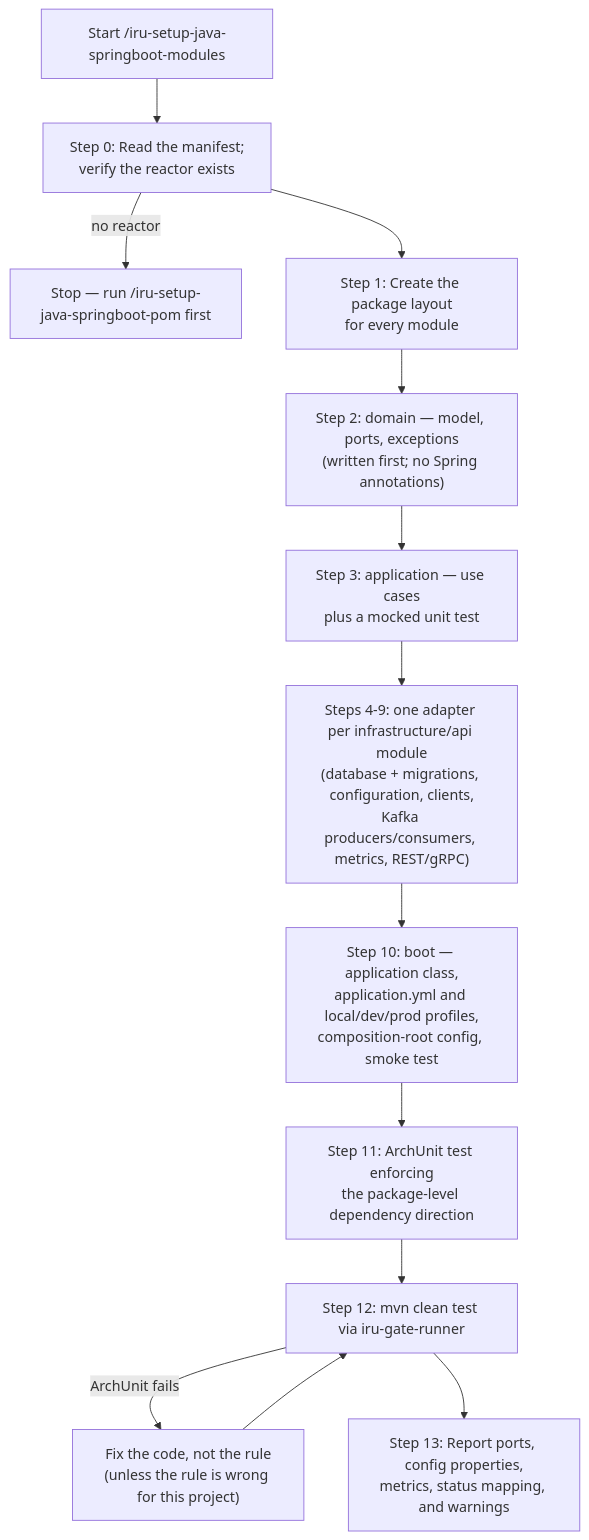
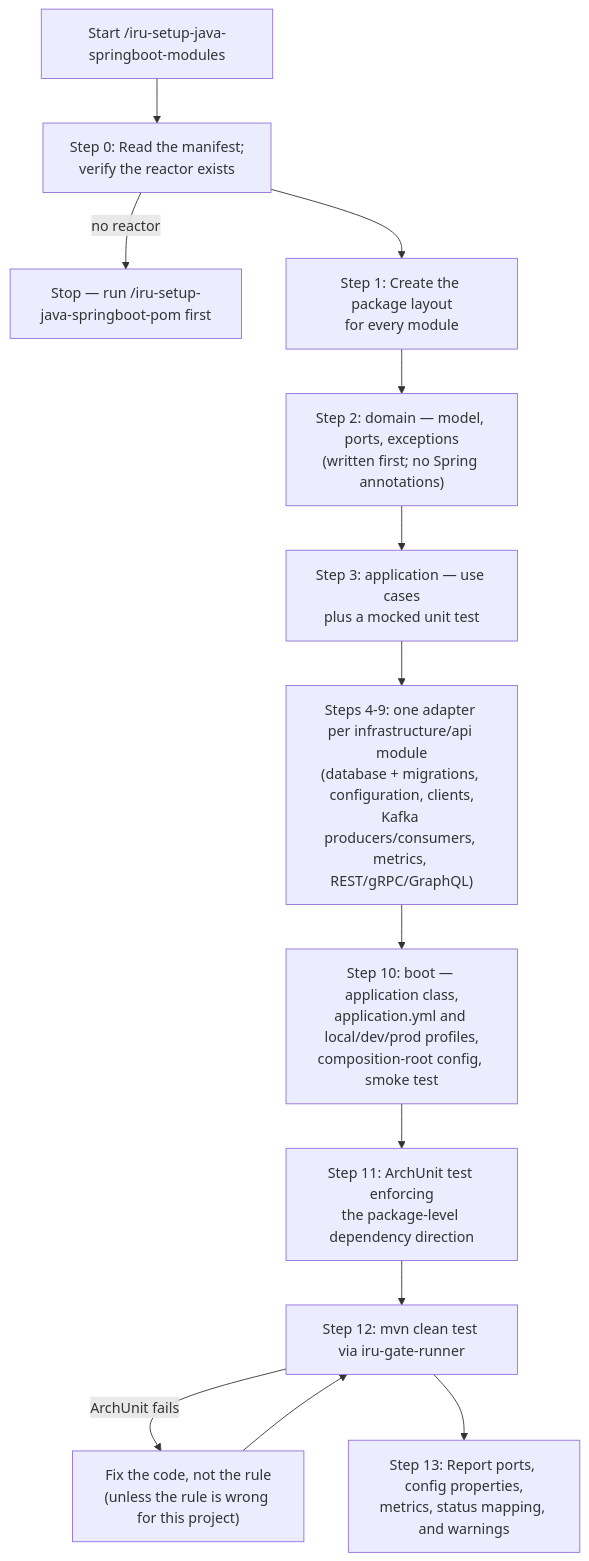
Before and after one commit to albertoirurueta/ai-catalog: the diagram in docs/modules/ROOT/pages/skills/iru-setup-java-springboot-modules.adoc, drawn with Mermaid. The commit also changed other lines of this file and 14 other files, not shown here.

Commit message:
Skills to add support for AsyncAPI and graphQL into springboot developement

```diff
--- a/docs/modules/ROOT/pages/skills/iru-setup-java-springboot-modules.adoc
+++ b/docs/modules/ROOT/pages/skills/iru-setup-java-springboot-modules.adoc
@@ -96,16 +104,16 @@
 [mermaid]
 ....
 flowchart TD
     A["Start /iru-setup-java-springboot-modules"] --> B["Step 0: Read the manifest;\nverify the reactor exists"]
     B -- no reactor --> STOP["Stop — run /iru-setup-java-springboot-pom first"]
     B --> C["Step 1: Create the package layout\nfor every module"]
     C --> D["Step 2: domain — model, ports, exceptions\n(written first; no Spring annotations)"]
     D --> E["Step 3: application — use cases\nplus a mocked unit test"]
-    E --> F["Steps 4-9: one adapter per infrastructure/api module\n(database + migrations, configuration, clients,\nKafka producers/consumers, metrics, REST/gRPC)"]
+    E --> F["Steps 4-9: one adapter per infrastructure/api module\n(database + migrations, configuration, clients,\nKafka producers/consumers, metrics, REST/gRPC/GraphQL)"]
     F --> G["Step 10: boot — application class,\napplication.yml and local/dev/prod profiles,\ncomposition-root config, smoke test"]
     G --> H["Step 11: ArchUnit test enforcing\nthe package-level dependency direction"]
     H --> I["Step 12: mvn clean test via iru-gate-runner"]
     I -- ArchUnit fails --> J["Fix the code, not the rule\n(unless the rule is wrong for this project)"]
     J --> I
     I --> K["Step 13: Report ports, config properties,\nmetrics, status mapping, and warnings"]
 ....
```
